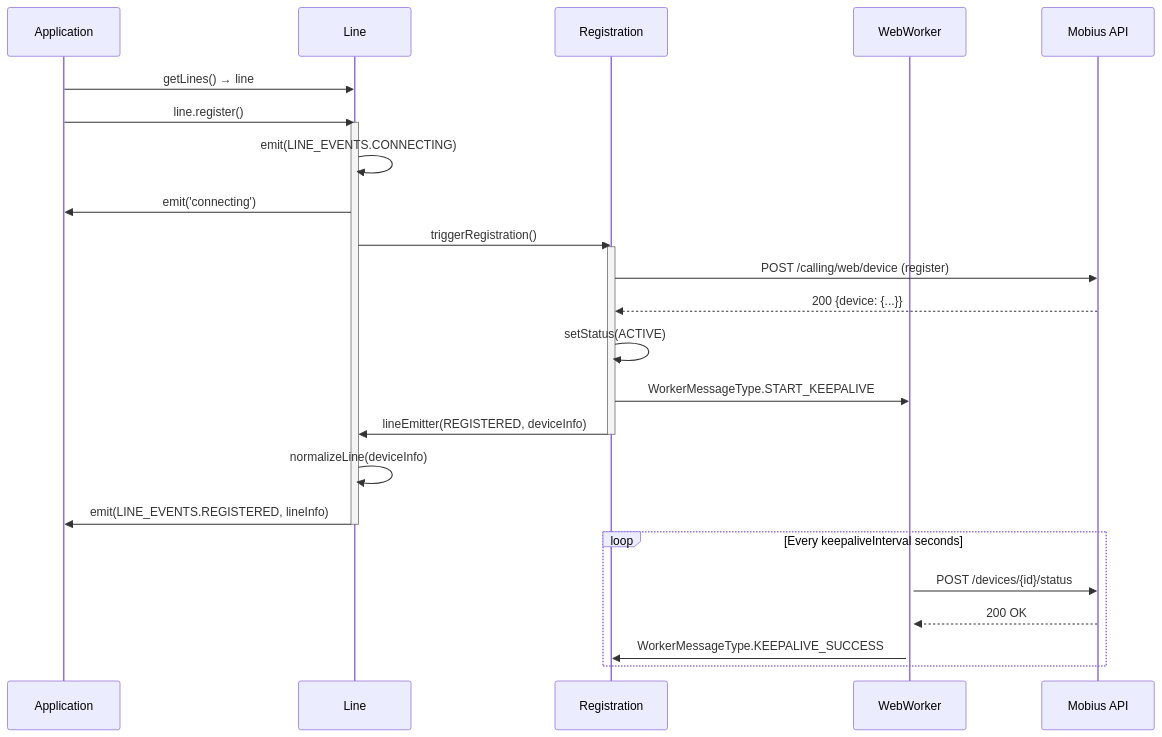
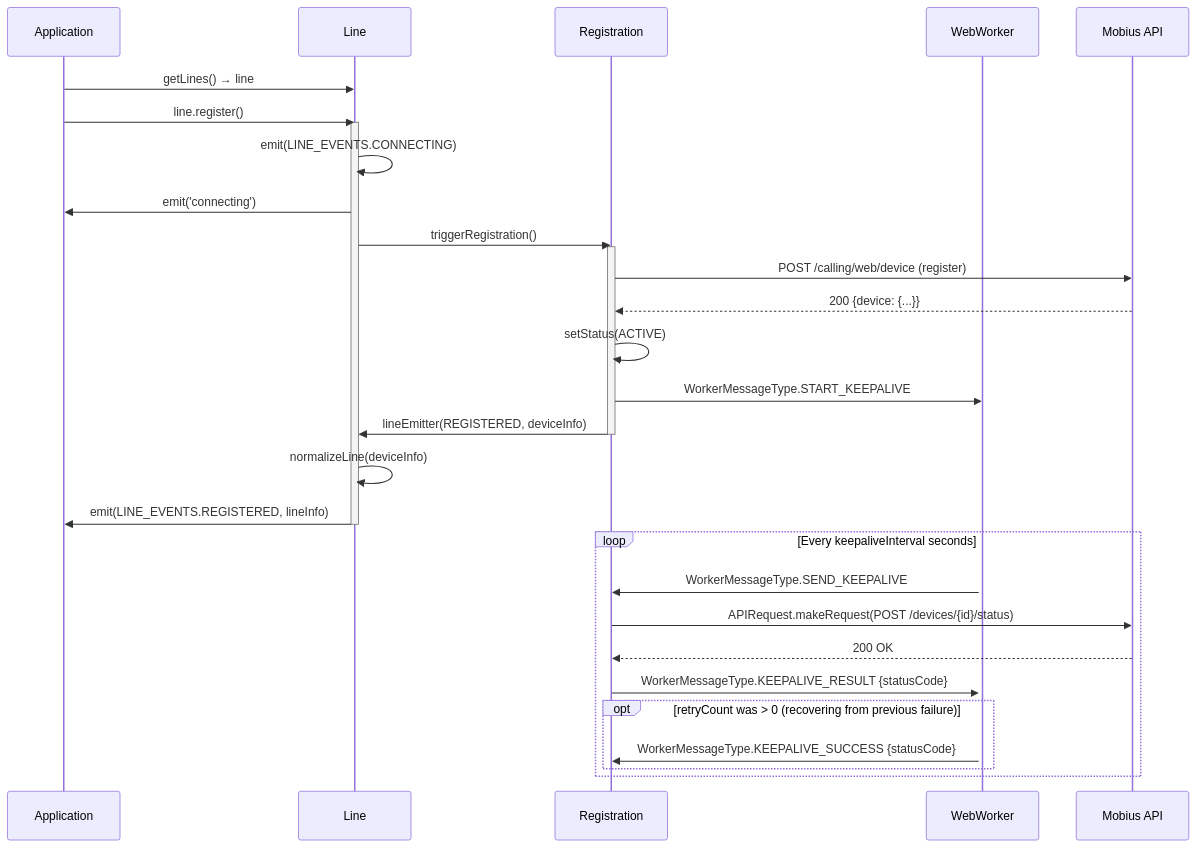
The third of 7 diagrams in packages/calling/src/CallingClient/ai-docs/ARCHITECTURE.md (webex/webex-js-sdk), drawn with Mermaid before and after one commit. The commit also changed other lines of this file and 4 other files, not shown here.

````diff
--- a/packages/calling/src/CallingClient/ai-docs/ARCHITECTURE.md
+++ b/packages/calling/src/CallingClient/ai-docs/ARCHITECTURE.md
@@ -236,32 +236,36 @@
 ```mermaid
 sequenceDiagram
     participant App as Application
     participant Line as Line
     participant Reg as Registration
     participant Worker as WebWorker
     participant Mobius as Mobius API
 
     App->>Line: getLines() → line
     App->>Line: line.register()
     activate Line
     Line->>Line: emit(LINE_EVENTS.CONNECTING)
     Line->>App: emit('connecting')
     Line->>Reg: triggerRegistration()
     activate Reg
     Reg->>Mobius: POST /calling/web/device (register)
     Mobius-->>Reg: 200 {device: {...}}
     Reg->>Reg: setStatus(ACTIVE)
     Reg->>Worker: WorkerMessageType.START_KEEPALIVE
     activate Worker
     Reg->>Line: lineEmitter(REGISTERED, deviceInfo)
     deactivate Reg
     Line->>Line: normalizeLine(deviceInfo)
     Line->>App: emit(LINE_EVENTS.REGISTERED, lineInfo)
     deactivate Line
 
     loop Every keepaliveInterval seconds
-        Worker->>Mobius: POST /devices/{id}/status
-        Mobius-->>Worker: 200 OK
-        Worker->>Reg: WorkerMessageType.KEEPALIVE_SUCCESS
+        Worker->>Reg: WorkerMessageType.SEND_KEEPALIVE
+        Reg->>Mobius: APIRequest.makeRequest(POST /devices/{id}/status)
+        Mobius-->>Reg: 200 OK
+        Reg->>Worker: WorkerMessageType.KEEPALIVE_RESULT {statusCode}
+        opt retryCount was > 0 (recovering from previous failure)
+            Worker->>Reg: WorkerMessageType.KEEPALIVE_SUCCESS {statusCode}
+        end
     end
 ```
````
